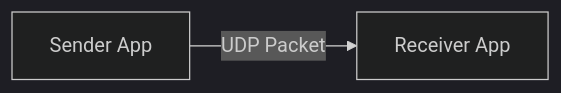
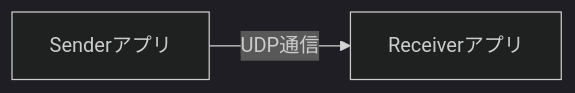
The third of 4 diagrams in README.md (sekiya-mukai/arxml-parser-demo), drawn with Mermaid (dark theme) before and after one commit. The commit also changed other lines of this file, not shown here.

````diff
--- a/README.md
+++ b/README.md
@@ -98,9 +101,9 @@
 ```mermaid
 flowchart LR
 
-    S["Sender App"]
+    S["Senderアプリ"]
 
-    R["Receiver App"]
+    R["Receiverアプリ"]
 
-    S -->|UDP Packet| R
+    S -->|UDP通信| R
 ```
````
